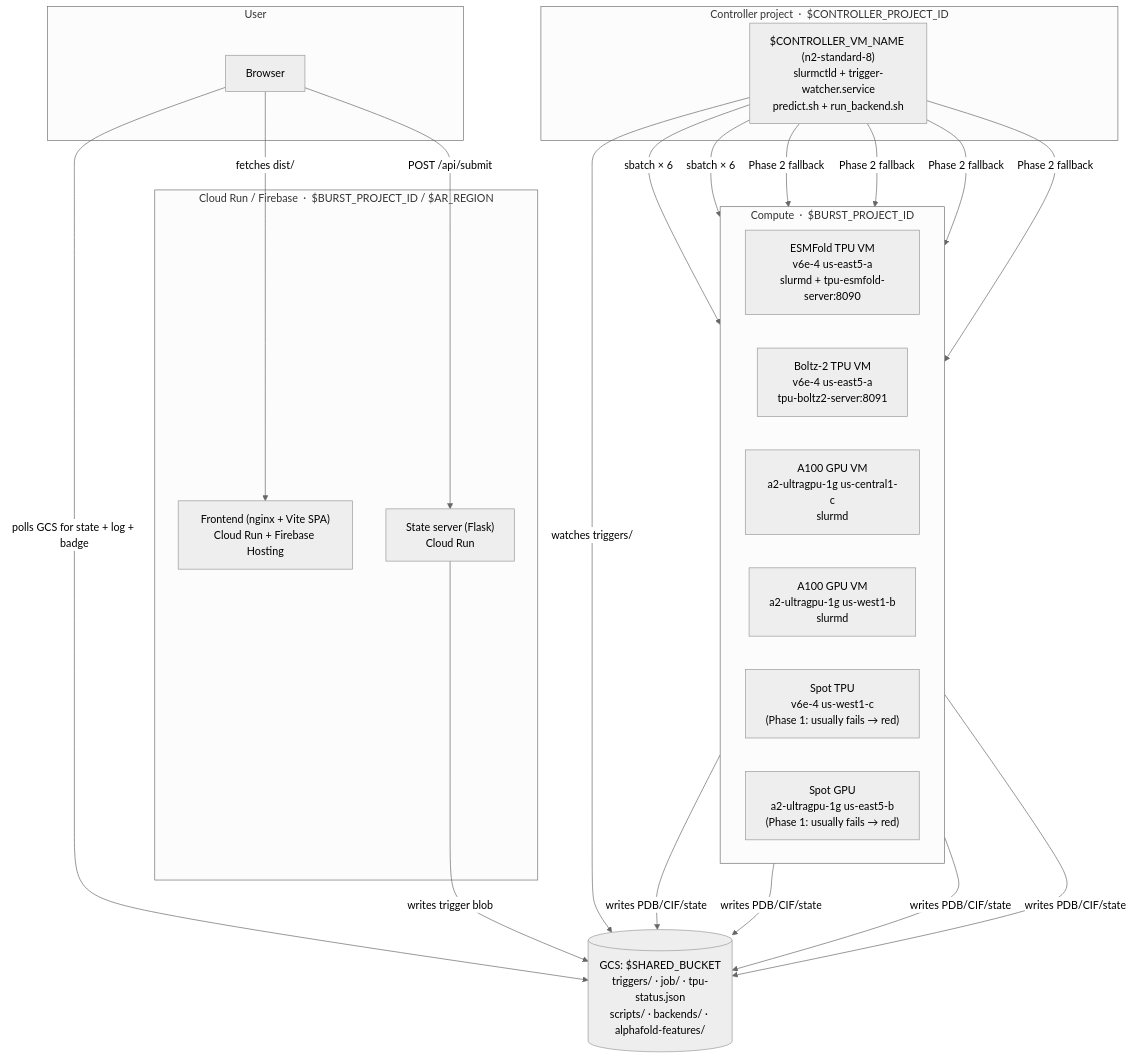
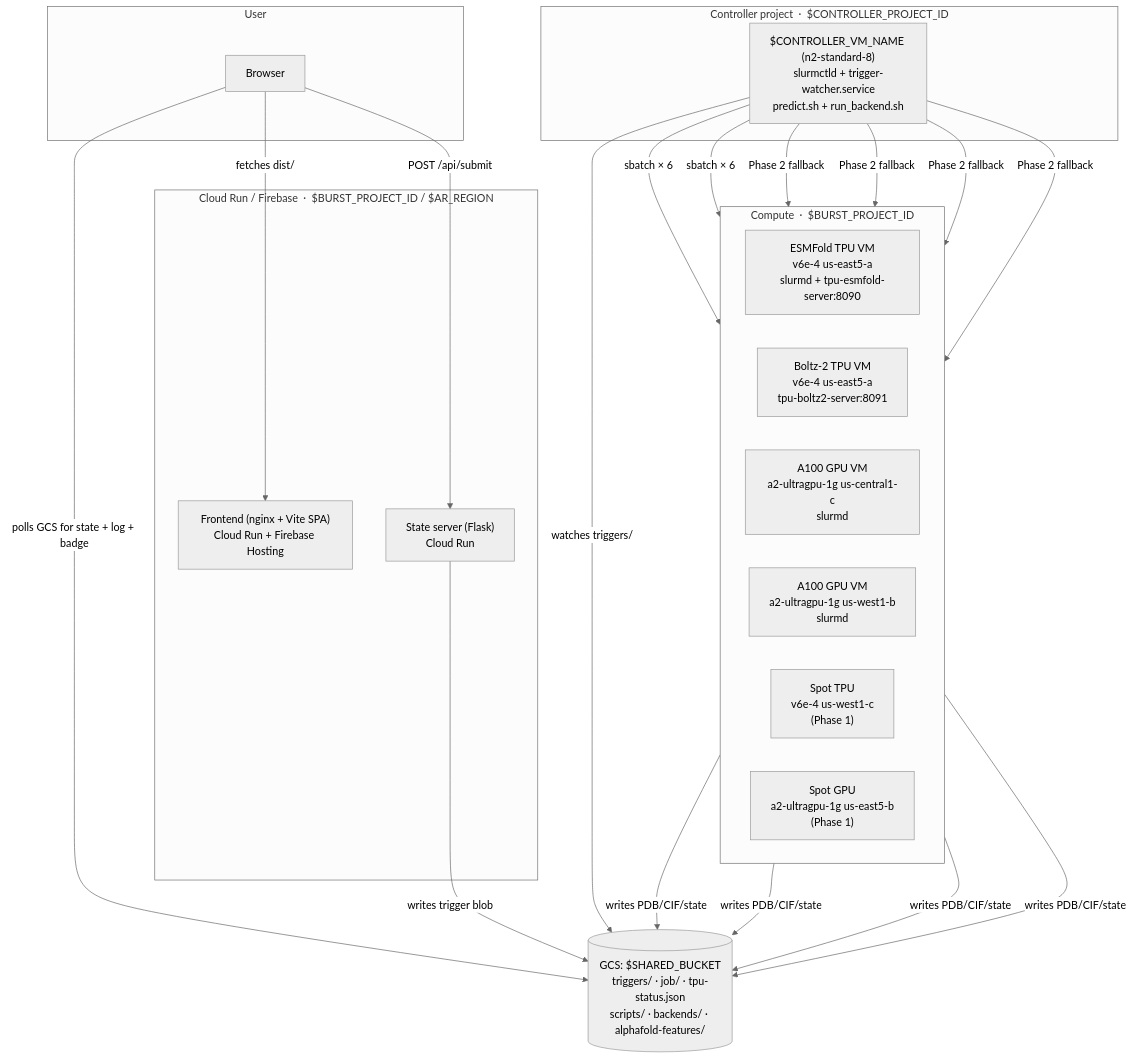
One commit to WandLZhang/ai-infra-demo-proteins changed the diagram in README.md. Above: the diagram before and after it, drawn with Mermaid (neutral theme). The commit also changed other lines of this file and 1 other file, not shown here.

Commit message:
Describe the Spot phase by its mechanism in the README and predict.sh comments

````diff
--- a/README.md
+++ b/README.md
@@ -32,43 +32,43 @@
 ```mermaid
 flowchart TD
   subgraph user["User"]
     Browser
   end
 
   subgraph runproj["Cloud Run / Firebase &nbsp;·&nbsp; $BURST_PROJECT_ID / $AR_REGION"]
     Frontend["Frontend (nginx + Vite SPA)<br/>Cloud Run + Firebase Hosting"]
     StateServer["State server (Flask)<br/>Cloud Run"]
   end
 
   subgraph ctrl["Controller project &nbsp;·&nbsp; $CONTROLLER_PROJECT_ID"]
     Controller["$CONTROLLER_VM_NAME (n2-standard-8)<br/>slurmctld + trigger-watcher.service<br/>predict.sh + run_backend.sh"]
   end
 
   subgraph burst["Compute &nbsp;·&nbsp; $BURST_PROJECT_ID"]
     direction LR
     TPU0["ESMFold TPU VM<br/>v6e-4 us-east5-a<br/>slurmd + tpu-esmfold-server:8090"]
     TPU3["Boltz-2 TPU VM<br/>v6e-4 us-east5-a<br/>tpu-boltz2-server:8091"]
     GPU1["A100 GPU VM<br/>a2-ultragpu-1g us-central1-c<br/>slurmd"]
     GPU2["A100 GPU VM<br/>a2-ultragpu-1g us-west1-b<br/>slurmd"]
-    SpotTPU["Spot TPU<br/>v6e-4 us-west1-c<br/>(Phase 1: usually fails → red)"]
-    SpotGPU["Spot GPU<br/>a2-ultragpu-1g us-east5-b<br/>(Phase 1: usually fails → red)"]
+    SpotTPU["Spot TPU<br/>v6e-4 us-west1-c<br/>(Phase 1)"]
+    SpotGPU["Spot GPU<br/>a2-ultragpu-1g us-east5-b<br/>(Phase 1)"]
   end
 
   Bucket[("GCS: $SHARED_BUCKET<br/>triggers/ · job/ · tpu-status.json<br/>scripts/ · backends/ · alphafold-features/")]
 
   Browser -->|POST /api/submit| StateServer
   Browser -->|polls GCS for state + log + badge| Bucket
   Browser -->|fetches dist/| Frontend
   StateServer -->|writes trigger blob| Bucket
   Controller -->|watches triggers/| Bucket
   Controller -->|sbatch × 6| SpotTPU
   Controller -->|sbatch × 6| SpotGPU
   Controller -->|Phase 2 fallback| TPU0
   Controller -->|Phase 2 fallback| TPU3
   Controller -->|Phase 2 fallback| GPU1
   Controller -->|Phase 2 fallback| GPU2
   TPU0 -->|writes PDB/CIF/state| Bucket
   TPU3 -->|writes PDB/CIF/state| Bucket
   GPU1 -->|writes PDB/CIF/state| Bucket
   GPU2 -->|writes PDB/CIF/state| Bucket
 ```
````
